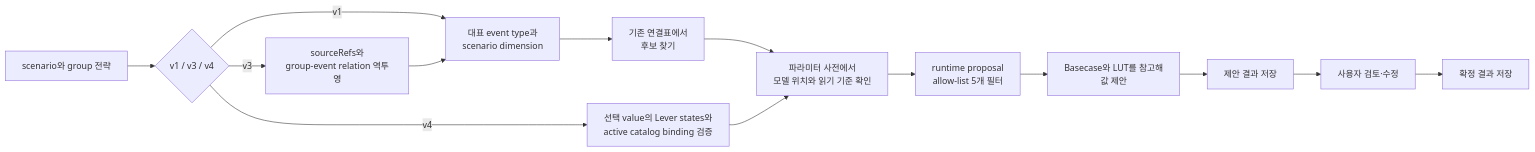
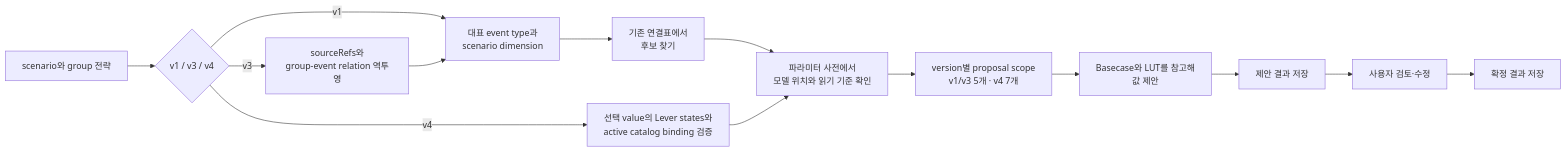
The first of 2 diagrams in docs/agents/model_parameter_agent/03_MODEL_PARAMETER_AGENT_DB_SPEC.md (enkhbaatarL/skmip-mi-agent), drawn with Mermaid before and after one commit. The commit also changed other lines of this file and 56 other files, not shown here.

````diff
--- a/docs/agents/model_parameter_agent/03_MODEL_PARAMETER_AGENT_DB_SPEC.md
+++ b/docs/agents/model_parameter_agent/03_MODEL_PARAMETER_AGENT_DB_SPEC.md
@@ -34,16 +36,16 @@
 ```mermaid
 flowchart LR
     A[scenario와 group 전략] --> V{v1 / v3 / v4}
     V -->|v1| B[대표 event type과\nscenario dimension]
     V -->|v3| R[sourceRefs와\ngroup-event relation 역투영]
     R --> B
     B --> C[기존 연결표에서\n후보 찾기]
     V -->|v4| L[선택 value의 Lever states와\nactive catalog binding 검증]
     C --> D[파라미터 사전에서\n모델 위치와 읽기 기준 확인]
     L --> D
-    D --> P[runtime proposal\nallow-list 5개 필터]
+    D --> P[version별 proposal scope\nv1/v3 5개 · v4 7개]
     P --> E[Basecase와 LUT를 참고해\n값 제안]
     E --> F[제안 결과 저장]
     F --> G[사용자 검토·수정]
     G --> H[확정 결과 저장]
 ```
````
